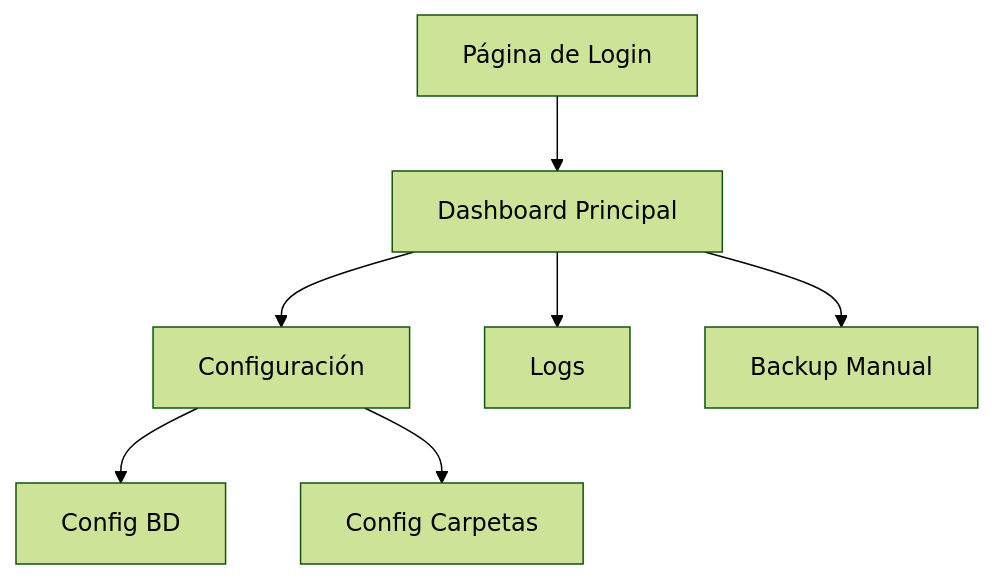
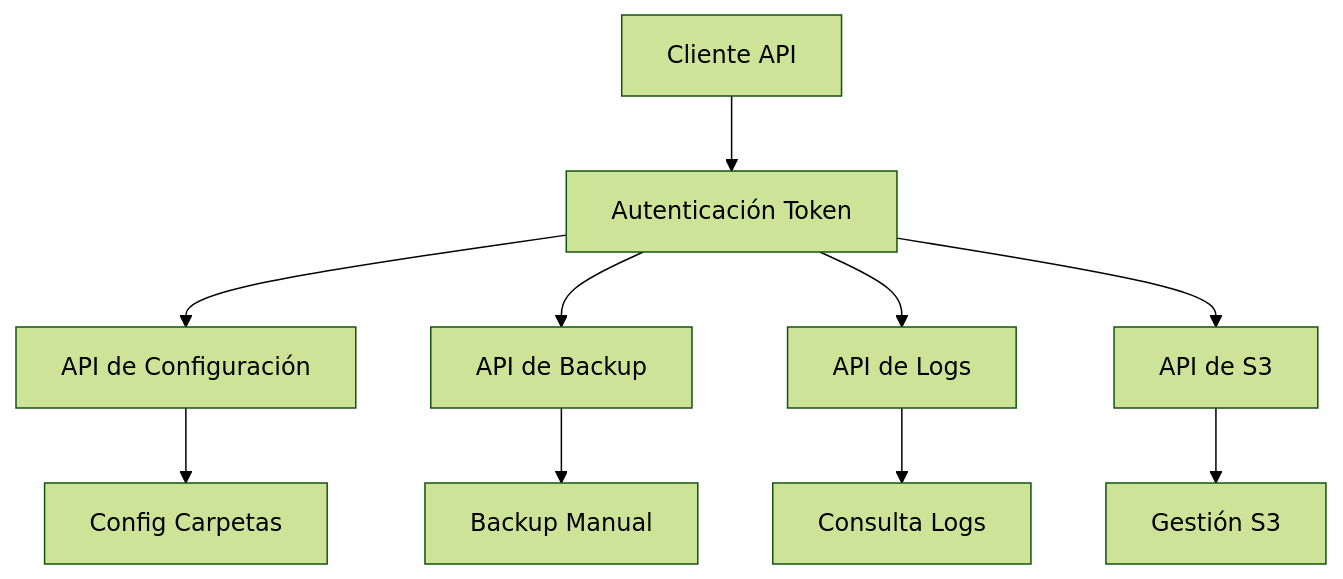
The diagram in .trae/documents/product_requirements.md (agc-desarrollo/backup_s3), drawn with Mermaid (forest theme) before and after one commit. The commit also changed other lines of this file and 1 other file, not shown here.

First line of the commit message:
docs: update product requirements and technical architecture for API-first approach

````diff
--- a/.trae/documents/product_requirements.md
+++ b/.trae/documents/product_requirements.md
@@ -48,9 +53,12 @@
 ```mermaid
 graph TD
-    A[Página de Login] --> B[Dashboard Principal]
-    B --> C[Configuración]
-    B --> D[Logs]
-    C --> F[Config BD]
-    C --> G[Config Carpetas]
-    B --> H[Backup Manual]
+    A[Cliente API] --> B[Autenticación Token]
+    B --> C[API de Configuración]
+    B --> D[API de Backup]
+    B --> E[API de Logs]
+    B --> F[API de S3]
+    D --> G[Backup Manual]
+    E --> H[Consulta Logs]
+    F --> I[Gestión S3]
+    C --> J[Config Carpetas]
 ```
````
